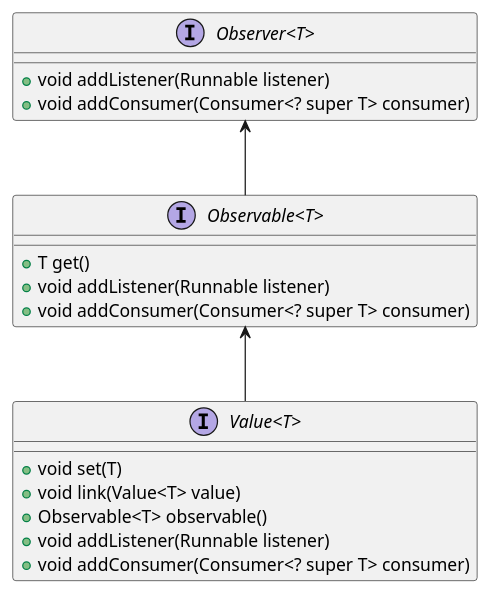
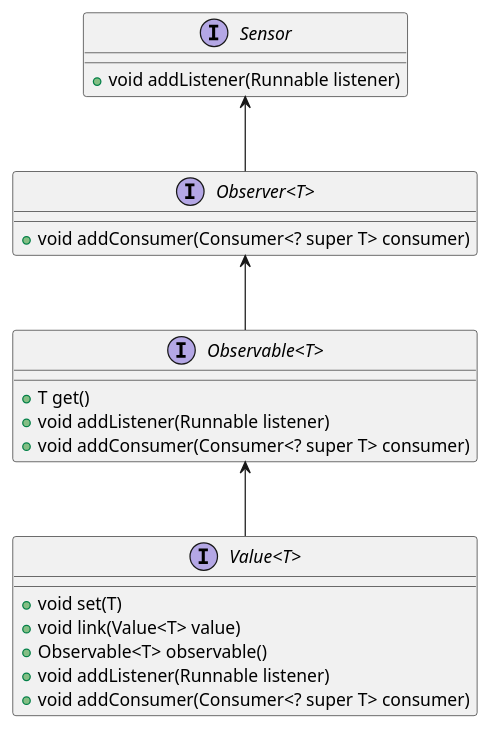
One commit to codion-is/codion changed the second of 3 diagrams in documentation/src/docs/asciidoc/manual/common-reactive.adoc. Above: the diagram before and after it, drawn with PlantUML. The commit also changed other lines of this file and 130 other files, not shown here.

```diff
--- a/documentation/src/docs/asciidoc/manual/common-reactive.adoc
+++ b/documentation/src/docs/asciidoc/manual/common-reactive.adoc
@@ -71,26 +86,30 @@
 [plantuml,value-diagram,svg,align=center]
 -------------------------------------------
 skinparam genericDisplay old
 
 interface Value<T> {
     +void set(T)
     +void link(Value<T> value)
     +Observable<T> observable()
     +void addListener(Runnable listener)
     +void addConsumer(Consumer<? super T> consumer)
 }
 
 interface Observable<T> {
     +T get()
     +void addListener(Runnable listener)
     +void addConsumer(Consumer<? super T> consumer)
 }
 
 interface Observer<T> {
+    +void addConsumer(Consumer<? super T> consumer)
+}
+
+interface Sensor {
     +void addListener(Runnable listener)
-    +void addConsumer(Consumer<? super T> consumer)
 }
 
 Observable <-- Value
 Observer <-- Observable
+Sensor <-- Observer
 -------------------------------------------
```
